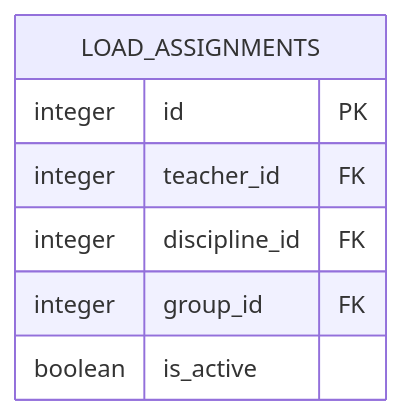
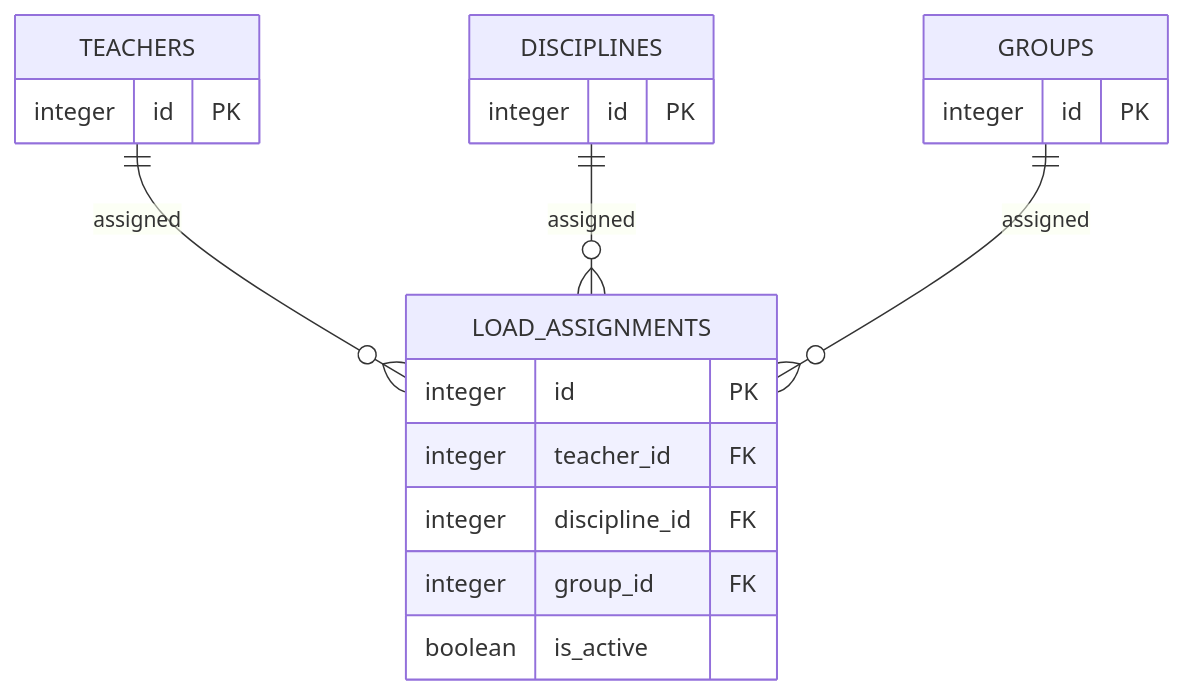
One commit to YuriSilenok/KPK_UP2_24-1P11 changed the diagram in S15/doc.md. Above: the diagram before and after it, drawn with Mermaid. The commit also changed other lines of this file, not shown here.

````diff
--- a/S15/doc.md
+++ b/S15/doc.md
@@ -5,10 +5,23 @@
 ```mermaid
 erDiagram
+    TEACHERS {
+        integer id PK
+    }
+    DISCIPLINES {
+        integer id PK
+    }
+    GROUPS {
+        integer id PK
+    }
     LOAD_ASSIGNMENTS {
         integer id PK
         integer teacher_id FK
         integer discipline_id FK
         integer group_id FK
         boolean is_active
     }
+
+    TEACHERS ||--o{ LOAD_ASSIGNMENTS : "assigned"
+    DISCIPLINES ||--o{ LOAD_ASSIGNMENTS : "assigned"
+    GROUPS ||--o{ LOAD_ASSIGNMENTS : "assigned"
 ```
````
